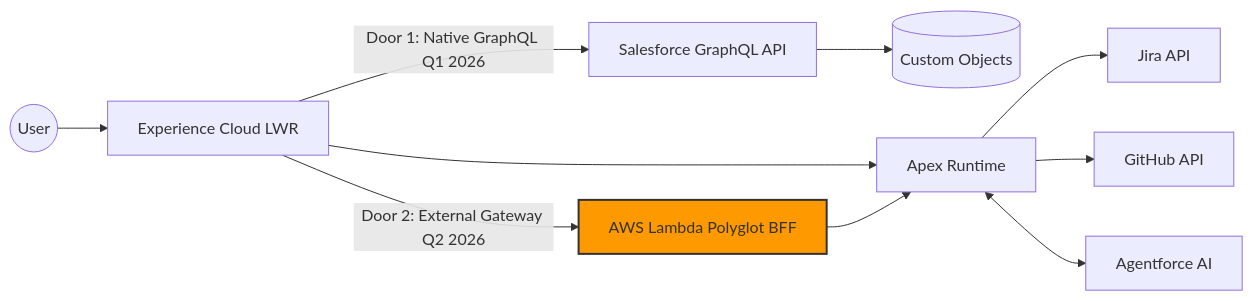
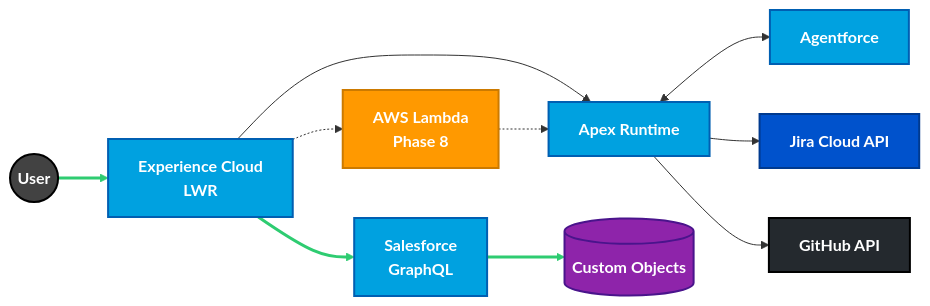
Before and after one commit to rdbumstead/salesforce-platform-architect-portfolio: the diagram in README.md, drawn with Mermaid. The commit also changed other lines of this file and 1 other file, not shown here.

Commit message:
docs: finalize SSOT refactor with README and SAS polish
- Standardized terminology (Glass Box Telemetry)
- Added Phase 8 status tables
- Fixed architectural diagram styling
- Synchronized links and TOCs
- Added performance audit workflow (committed previously)

````diff
--- a/README.md
+++ b/README.md
@@ -204,13 +200,47 @@
 ```mermaid
 graph LR
-    User((User)) --> LWR[Experience Cloud LWR]
-    LWR -->|Door 1: Native GraphQL Q1 2026| SF_GQL[Salesforce GraphQL API]
-    SF_GQL --> DB[(Custom Objects)]
-    LWR -->|Door 2: External Gateway Q2 2026| Lambda[AWS Lambda Polyglot BFF]
-    LWR --> Apex[Apex Runtime]
-    Lambda --> Apex
-    Apex --> Jira[Jira API]
-    Apex --> GitHub[GitHub API]
-    Apex <--> AI[Agentforce AI]
-    style Lambda fill:#FF9900,stroke:#333,stroke-width:2px
+    %%{init: {'flowchart': {'nodeSpacing': 50, 'rankSpacing': 50}}}%%
+    %% ========= BRAND STYLES =========
+    classDef user fill:#424242,stroke:#000000,stroke-width:2px,color:#ffffff,font-weight:bold;
+    classDef sfdc fill:#00A1E0,stroke:#005FB2,stroke-width:2px,color:#ffffff,font-weight:bold;
+    classDef aws fill:#FF9900,stroke:#CC7A00,stroke-width:2px,color:#ffffff,font-weight:bold;
+    classDef jira fill:#0052CC,stroke:#003A8F,stroke-width:2px,color:#ffffff,font-weight:bold;
+    classDef github fill:#24292E,stroke:#000000,stroke-width:2px,color:#ffffff,font-weight:bold;
+    classDef data fill:#8E24AA,stroke:#4A148C,stroke-width:2px,color:#ffffff,font-weight:bold;
+    classDef future fill:#FFF3E0,stroke:#FB8C00,stroke-width:2px,stroke-dasharray:5 5;
+
+    %% ========= NODES =========
+    User((User))
+    LWR[Experience Cloud<br/>LWR]
+    GQL[Salesforce<br/>GraphQL]
+    Apex[Apex Runtime]
+    DB[(Custom Objects)]
+    AI[Agentforce]
+    Jira[Jira Cloud API]
+    GitHub[GitHub API]
+    Lambda[AWS Lambda<br/>Phase 8]
+
+    %% ========= FLOWS =========
+    User --> LWR
+    LWR --> GQL
+    GQL --> DB
+    LWR --> Apex
+    Apex <--> AI
+    Apex --> Jira
+    Apex --> GitHub
+
+    %% ========= FUTURE =========
+    LWR -.-> Lambda
+    Lambda -.-> Apex
+
+    %% ========= APPLY STYLES =========
+    class User user;
+    class LWR,GQL,Apex,AI sfdc;
+    class DB data;
+    class Jira jira;
+    class GitHub github;
+    class Lambda aws;
+
+    %% ========= CRITICAL PATH =========
+    linkStyle 0,1,2 stroke:#2ECC71,stroke-width:3px;
 ```
````
